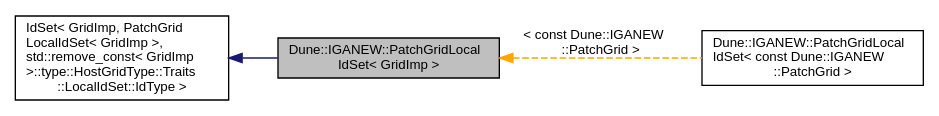
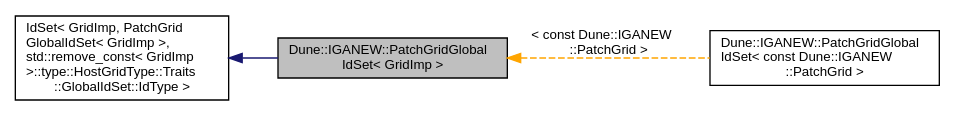
The diagram in d6/d9a/a01083.dot (rath3t/dune-iga-doc), drawn with Graphviz before and after one commit. The commit also changed 818 other files, not shown here.

```diff
--- a/d6/d9a/a01083.dot
+++ b/d6/d9a/a01083.dot
@@ -1,12 +1,12 @@
-digraph "Dune::IGANEW::PatchGridLocalIdSet&lt; GridImp &gt;"
+digraph "Dune::IGANEW::PatchGridGlobalIdSet&lt; GridImp &gt;"
 {
  // LATEX_PDF_SIZE
   edge [fontname="Helvetica",fontsize="10",labelfontname="Helvetica",labelfontsize="10"];
   node [fontname="Helvetica",fontsize="10",shape=record];
   rankdir="LR";
-  Node1 [label="Dune::IGANEW::PatchGridLocal\lIdSet\< GridImp \>",height=0.2,width=0.4,color="black", fillcolor="grey75", style="filled", fontcolor="black",tooltip=" "];
+  Node1 [label="Dune::IGANEW::PatchGridGlobal\lIdSet\< GridImp \>",height=0.2,width=0.4,color="black", fillcolor="grey75", style="filled", fontcolor="black",tooltip=" "];
   Node2 -> Node1 [dir="back",color="midnightblue",fontsize="10",style="solid",fontname="Helvetica"];
-  Node2 [label="IdSet\< GridImp, PatchGrid\lLocalIdSet\< GridImp \>,\l std::remove_const\< GridImp\l \>::type::HostGridType::Traits\l::LocalIdSet::IdType \>",height=0.2,width=0.4,color="black", fillcolor="white", style="filled",tooltip=" "];
+  Node2 [label="IdSet\< GridImp, PatchGrid\lGlobalIdSet\< GridImp \>,\l std::remove_const\< GridImp\l \>::type::HostGridType::Traits\l::GlobalIdSet::IdType \>",height=0.2,width=0.4,color="black", fillcolor="white", style="filled",tooltip=" "];
   Node1 -> Node3 [dir="back",color="orange",fontsize="10",style="dashed",label=" \< const Dune::IGANEW\l::PatchGrid \>" ,fontname="Helvetica"];
-  Node3 [label="Dune::IGANEW::PatchGridLocal\lIdSet\< const Dune::IGANEW\l::PatchGrid \>",height=0.2,width=0.4,color="black", fillcolor="white", style="filled",URL="$da/d93/a01084.html",tooltip=" "];
+  Node3 [label="Dune::IGANEW::PatchGridGlobal\lIdSet\< const Dune::IGANEW\l::PatchGrid \>",height=0.2,width=0.4,color="black", fillcolor="white", style="filled",URL="$da/d93/a01084.html",tooltip=" "];
 }
```
